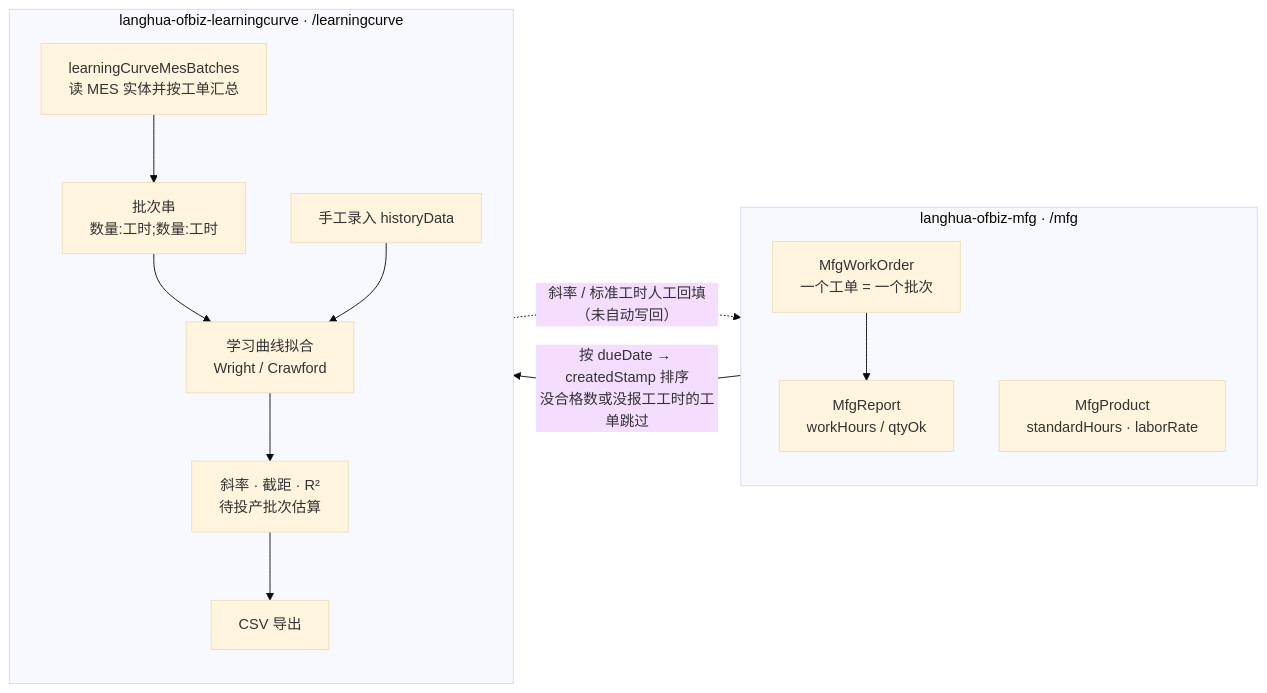
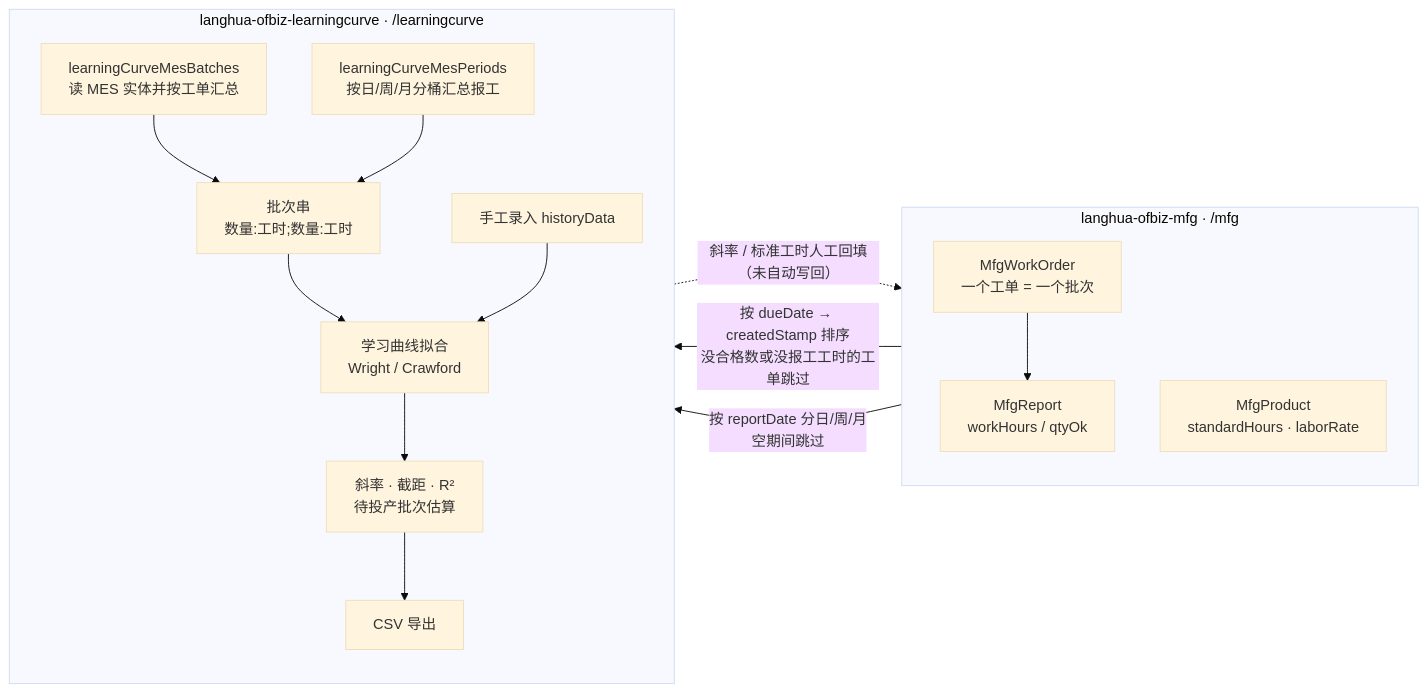
One commit to shijh/langhua changed the diagram in langhua-ofbiz-learningcurve/README.md. Above: the diagram before and after it, drawn with Mermaid (base theme). The commit also changed other lines of this file and 10 other files, not shown here.

````diff
--- a/langhua-ofbiz-learningcurve/README.md
+++ b/langhua-ofbiz-learningcurve/README.md
@@ -215,26 +233,29 @@
 ```mermaid
 flowchart LR
     subgraph MES["langhua-ofbiz-mfg · /mfg"]
         direction TB
         WO["MfgWorkOrder<br/>一个工单 = 一个批次"]
         RPT["MfgReport<br/>workHours / qtyOk"]
         STD["MfgProduct<br/>standardHours · laborRate"]
         WO --> RPT
     end
 
     subgraph LC["langhua-ofbiz-learningcurve · /learningcurve"]
         direction TB
         SVC["learningCurveMesBatches<br/>读 MES 实体并按工单汇总"]
+        PERSVC["learningCurveMesPeriods<br/>按日/周/月分桶汇总报工"]
         SERIES["批次串<br/>数量:工时;数量:工时"]
         MANUAL["手工录入 historyData"]
         FIT["学习曲线拟合<br/>Wright / Crawford"]
         KPI["斜率 · 截距 · R²<br/>待投产批次估算"]
         CSV["CSV 导出"]
         SVC --> SERIES --> FIT
+        PERSVC --> SERIES
         MANUAL --> FIT
         FIT --> KPI --> CSV
     end
 
     RPT -- "按 dueDate → createdStamp 排序<br/>没合格数或没报工工时的工单跳过" --> SVC
+    RPT -- "按 reportDate 分日/周/月<br/>空期间跳过" --> PERSVC
     KPI -. "斜率 / 标准工时人工回填（未自动写回）" .-> STD
 ```
````
